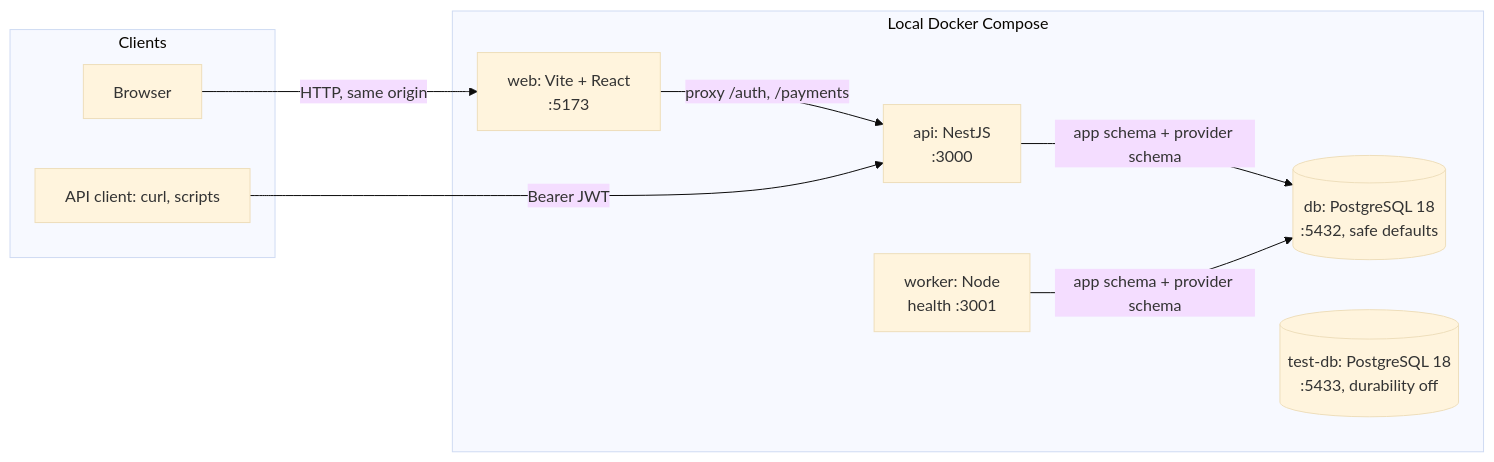
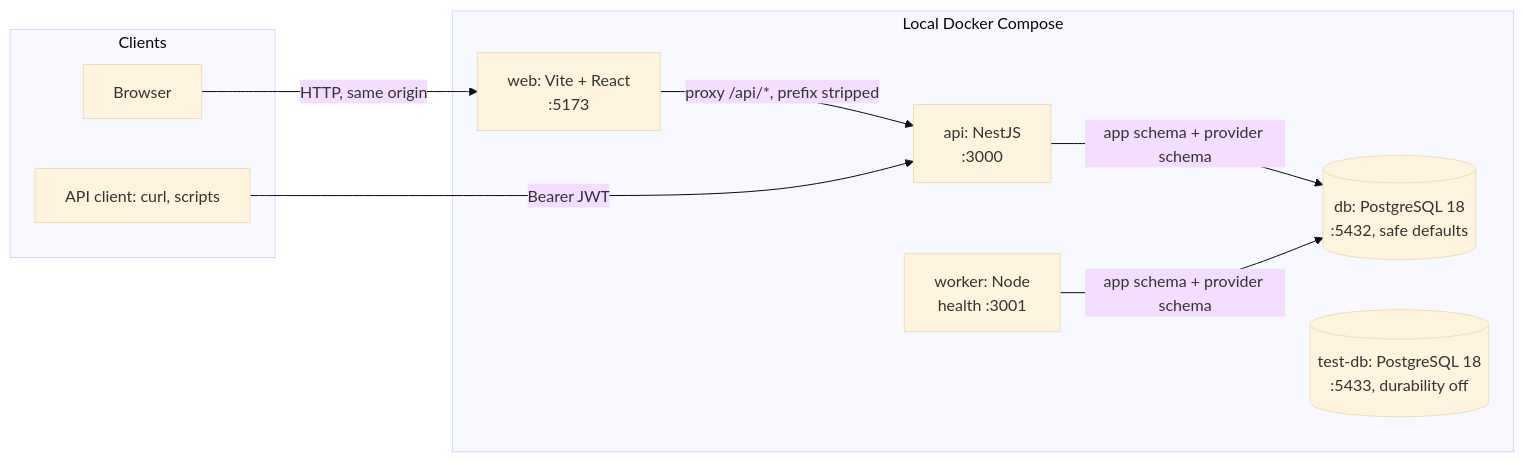
Before and after one commit to intimanjunath/Merchant-payment-processing-platform: the first of 10 diagrams in project_spec.md, drawn with Mermaid (base theme). The commit also changed other lines of this file and 1 other file, not shown here.

Commit message:
docs: dashboard proxy prefix and session load

````diff
--- a/project_spec.md
+++ b/project_spec.md
@@ -23,19 +23,19 @@
 ```mermaid
 flowchart LR
     subgraph Clients
         B[Browser]
         C[API client: curl, scripts]
     end
     subgraph Local Docker Compose
         WEB[web: Vite + React<br/>:5173]
         API[api: NestJS<br/>:3000]
         WRK[worker: Node<br/>health :3001]
         DB[(db: PostgreSQL 18<br/>:5432, safe defaults)]
         TDB[(test-db: PostgreSQL 18<br/>:5433, durability off)]
     end
     B -->|HTTP, same origin| WEB
-    WEB -->|proxy /auth, /payments| API
+    WEB -->|proxy /api/*, prefix stripped| API
     C -->|Bearer JWT| API
     API -->|app schema + provider schema| DB
     WRK -->|app schema + provider schema| DB
 ```
````
